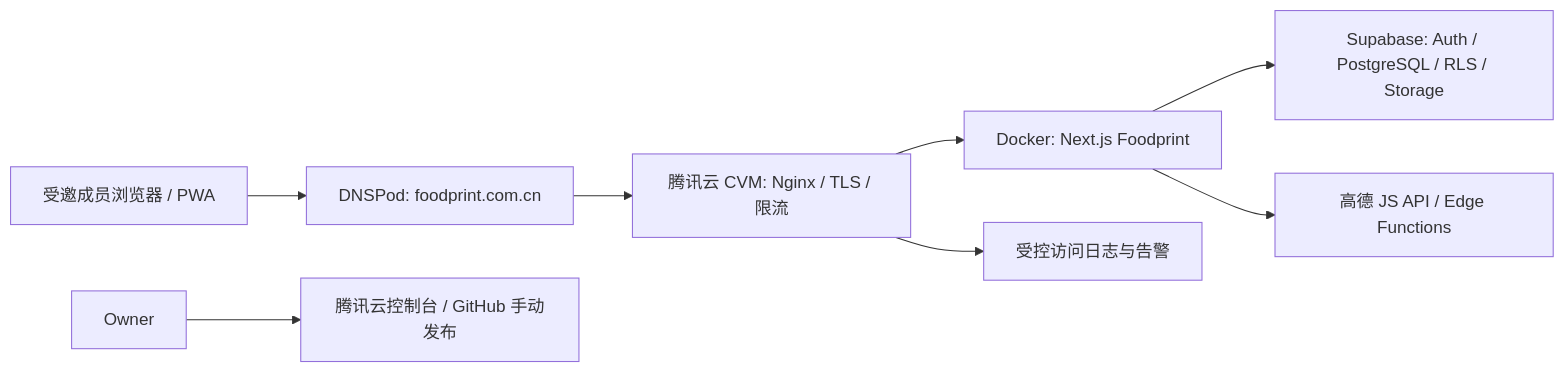
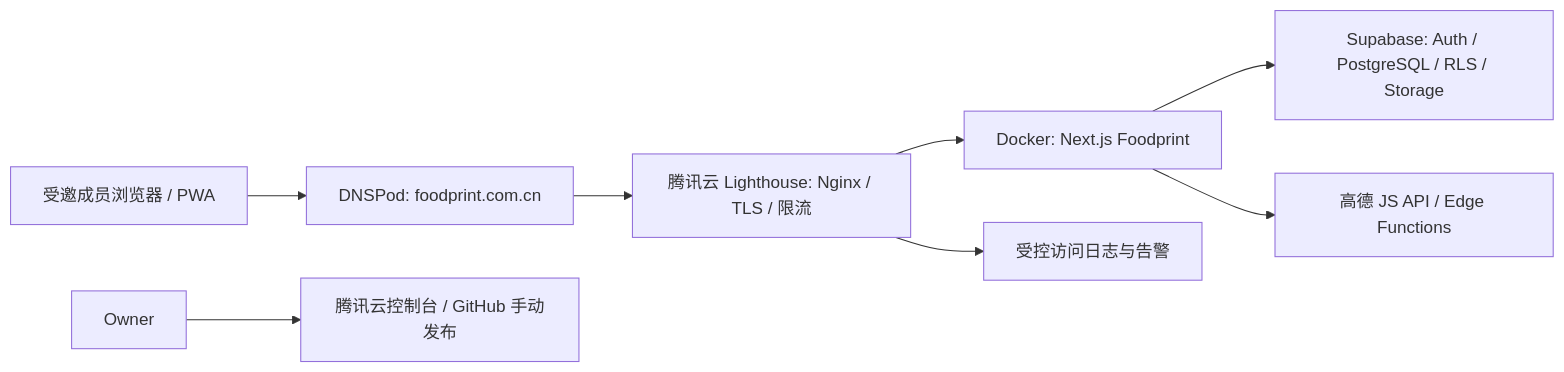
One commit to Erc2000xu/foodprint changed the diagram in docs/FOODPRINT_V2_MAINLAND_DOMAIN_MIGRATION_DEVELOPMENT_HANDOFF_2026-08-05.md. Above: the diagram before and after it, drawn with Mermaid. The commit also changed other lines of this file and 28 other files, not shown here.

````diff
--- a/docs/FOODPRINT_V2_MAINLAND_DOMAIN_MIGRATION_DEVELOPMENT_HANDOFF_2026-08-05.md
+++ b/docs/FOODPRINT_V2_MAINLAND_DOMAIN_MIGRATION_DEVELOPMENT_HANDOFF_2026-08-05.md
@@ -42,10 +109,10 @@
 ```mermaid
 flowchart LR
   U["受邀成员浏览器 / PWA"] --> D["DNSPod: foodprint.com.cn"]
-  D --> N["腾讯云 CVM: Nginx / TLS / 限流"]
+  D --> N["腾讯云 Lighthouse: Nginx / TLS / 限流"]
   N --> A["Docker: Next.js Foodprint"]
   A --> S["Supabase: Auth / PostgreSQL / RLS / Storage"]
   A --> M["高德 JS API / Edge Functions"]
   N --> L["受控访问日志与告警"]
   O["Owner"] --> T["腾讯云控制台 / GitHub 手动发布"]
 ```
````
